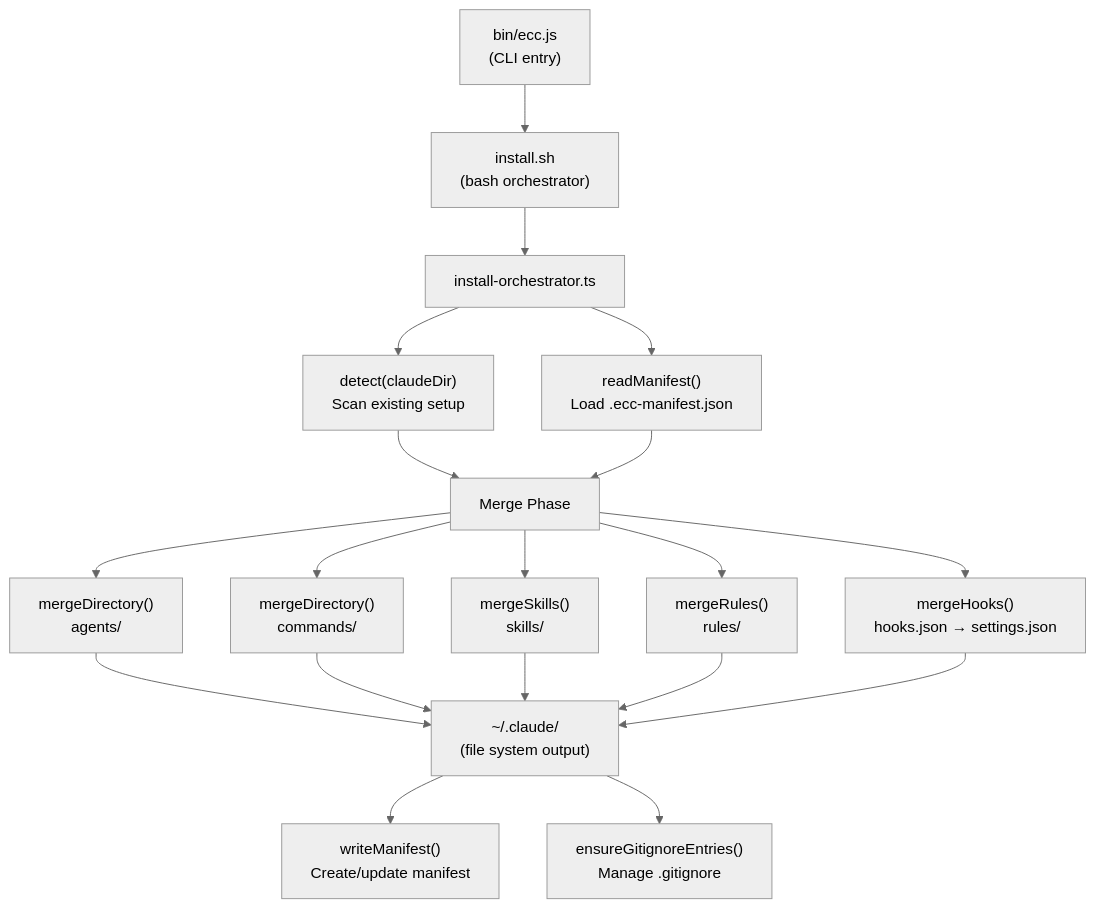
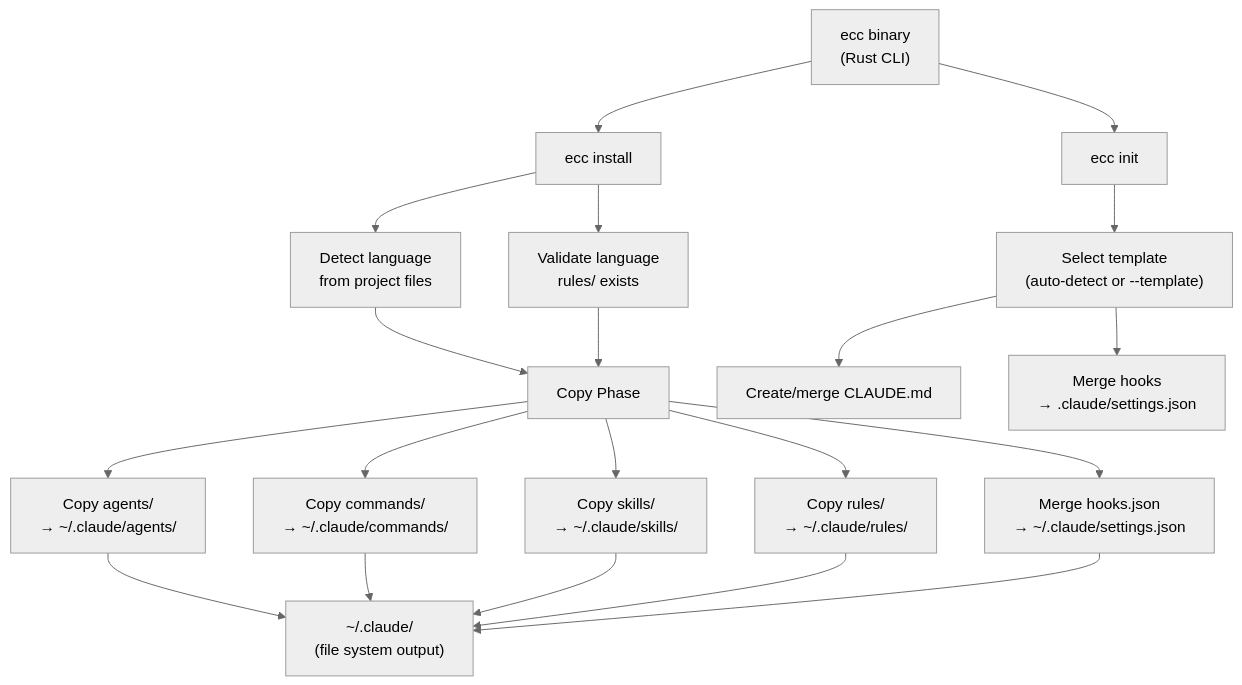
The diagram in docs/diagrams/install-data-flow.md (LEBOCQTitouan/everything-claude-code), drawn with Mermaid (neutral theme) before and after one commit. The commit also changed other lines of this file and 4 other files, not shown here.

````diff
--- a/docs/diagrams/install-data-flow.md
+++ b/docs/diagrams/install-data-flow.md
@@ -7,26 +7,27 @@
 ```mermaid
 flowchart TD
-    CLI["bin/ecc.js<br/>(CLI entry)"] --> INSTALL_SH["install.sh<br/>(bash orchestrator)"]
-    INSTALL_SH --> ORCH["install-orchestrator.ts"]
+    CLI["ecc binary<br/>(Rust CLI)"] --> INSTALL["ecc install"]
+    CLI --> INIT["ecc init"]
 
-    ORCH --> DETECT["detect(claudeDir)<br/>Scan existing setup"]
-    ORCH --> MANIFEST_R["readManifest()<br/>Load .ecc-manifest.json"]
+    INSTALL --> DETECT["Detect language<br/>from project files"]
+    INSTALL --> VALIDATE["Validate language<br/>rules/ exists"]
 
-    DETECT --> MERGE_PHASE["Merge Phase"]
-    MANIFEST_R --> MERGE_PHASE
+    DETECT --> COPY_PHASE["Copy Phase"]
+    VALIDATE --> COPY_PHASE
 
-    MERGE_PHASE --> AGENTS["mergeDirectory()<br/>agents/"]
-    MERGE_PHASE --> COMMANDS["mergeDirectory()<br/>commands/"]
-    MERGE_PHASE --> SKILLS["mergeSkills()<br/>skills/"]
-    MERGE_PHASE --> RULES["mergeRules()<br/>rules/"]
-    MERGE_PHASE --> HOOKS["mergeHooks()<br/>hooks.json → settings.json"]
+    COPY_PHASE --> AGENTS["Copy agents/<br/>→ ~/.claude/agents/"]
+    COPY_PHASE --> COMMANDS["Copy commands/<br/>→ ~/.claude/commands/"]
+    COPY_PHASE --> SKILLS["Copy skills/<br/>→ ~/.claude/skills/"]
+    COPY_PHASE --> RULES["Copy rules/<br/>→ ~/.claude/rules/"]
+    COPY_PHASE --> HOOKS["Merge hooks.json<br/>→ ~/.claude/settings.json"]
 
     AGENTS --> FS["~/.claude/<br/>(file system output)"]
     COMMANDS --> FS
     SKILLS --> FS
     RULES --> FS
     HOOKS --> FS
 
-    FS --> MANIFEST_W["writeManifest()<br/>Create/update manifest"]
-    FS --> GITIGNORE["ensureGitignoreEntries()<br/>Manage .gitignore"]
+    INIT --> TEMPLATE["Select template<br/>(auto-detect or --template)"]
+    TEMPLATE --> CLAUDE_MD["Create/merge CLAUDE.md"]
+    TEMPLATE --> PROJ_HOOKS["Merge hooks<br/>→ .claude/settings.json"]
 ```
````
